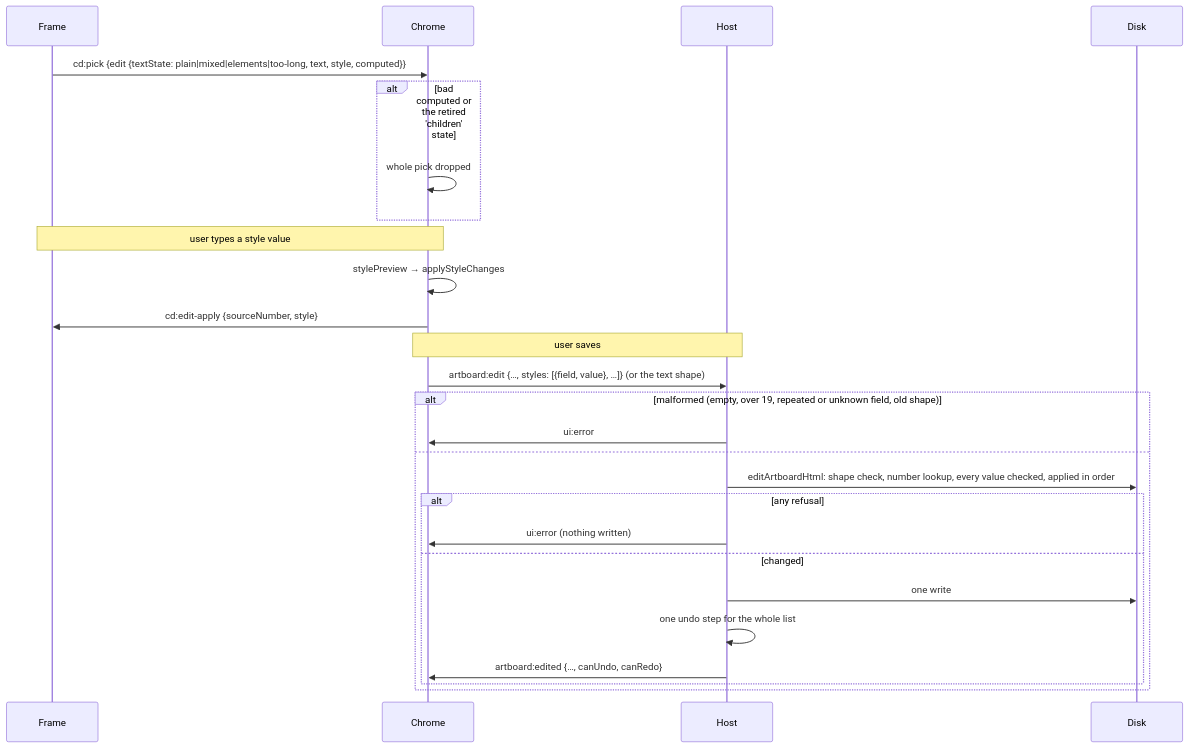
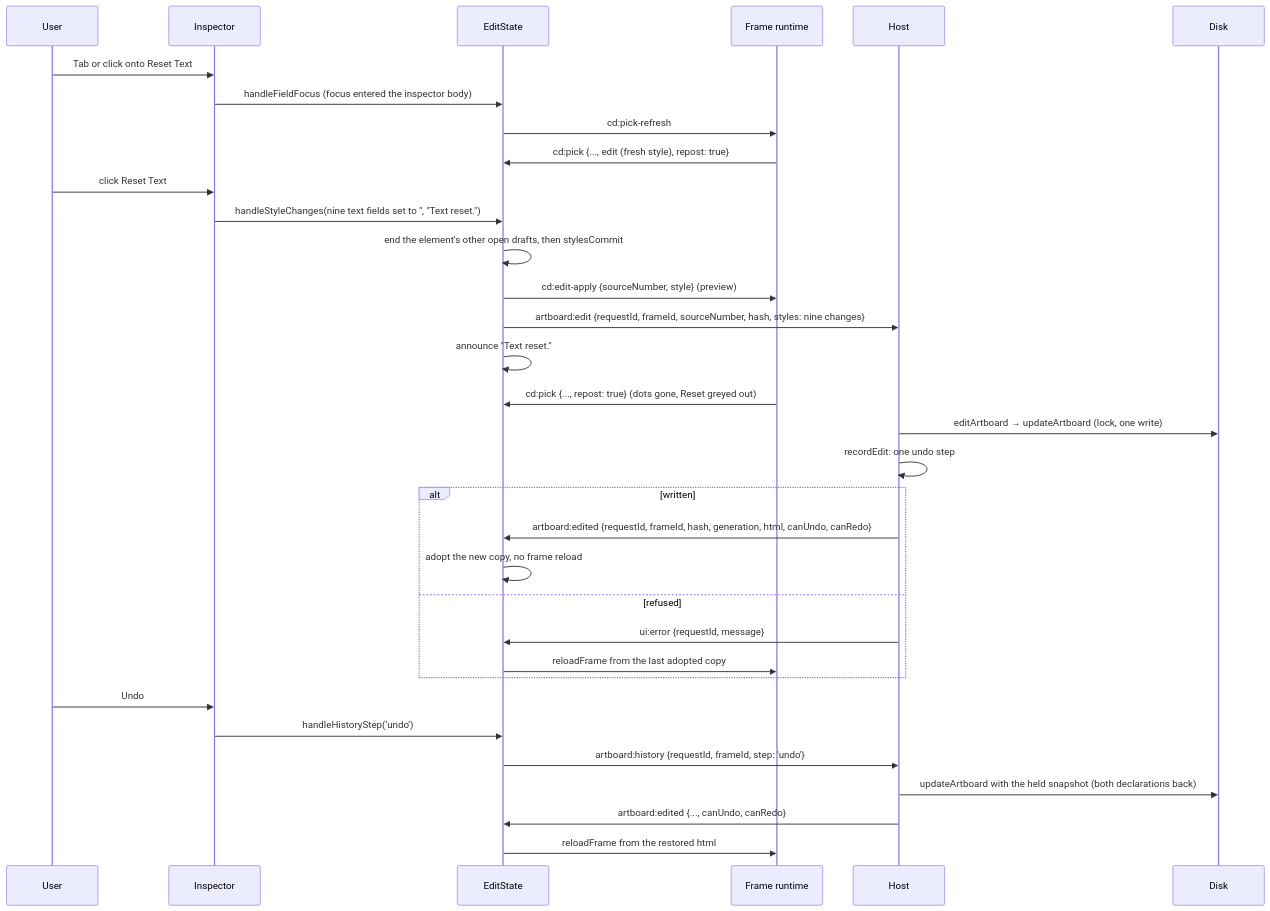
One commit to MarekBombera/cursor-design-extension changed the second of 3 diagrams in blueprint/context/current-feature-overview.md. Above: the diagram before and after it, drawn with Mermaid. The commit also changed other lines of this file and 27 other files, not shown here.

````diff
--- a/blueprint/context/current-feature-overview.md
+++ b/blueprint/context/current-feature-overview.md
@@ -34,28 +58,35 @@
 ```mermaid
 sequenceDiagram
-  participant F as Frame
-  participant C as Chrome
+  participant U as User
+  participant I as Inspector
+  participant E as EditState
+  participant F as Frame runtime
   participant H as Host
   participant D as Disk
-  F->>C: cd:pick {edit {textState: plain|mixed|elements|too-long, text, style, computed}}
-  alt bad computed or the retired 'children' state
-    C->>C: whole pick dropped
+  U->>I: Tab or click onto Reset Text
+  I->>E: handleFieldFocus (focus entered the inspector body)
+  E->>F: cd:pick-refresh
+  F->>E: cd:pick {..., edit (fresh style), repost: true}
+  U->>I: click Reset Text
+  I->>E: handleStyleChanges(nine text fields set to '', "Text reset.")
+  E->>E: end the element's other open drafts, then stylesCommit
+  E->>F: cd:edit-apply {sourceNumber, style} (preview)
+  E->>H: artboard:edit {requestId, frameId, sourceNumber, hash, styles: nine changes}
+  E->>E: announce "Text reset."
+  F->>E: cd:pick {..., repost: true} (dots gone, Reset greyed out)
+  H->>D: editArtboard → updateArtboard (lock, one write)
+  H->>H: recordEdit: one undo step
+  alt written
+    H->>E: artboard:edited {requestId, frameId, hash, generation, html, canUndo, canRedo}
+    E->>E: adopt the new copy, no frame reload
+  else refused
+    H->>E: ui:error {requestId, message}
+    E->>F: reloadFrame from the last adopted copy
   end
-  Note over C,F: user types a style value
-  C->>C: stylePreview → applyStyleChanges
-  C->>F: cd:edit-apply {sourceNumber, style}
-  Note over C,H: user saves
-  C->>H: artboard:edit {…, styles: [{field, value}, …]} (or the text shape)
-  alt malformed (empty, over 19, repeated or unknown field, old shape)
-    H->>C: ui:error
-  else
-    H->>D: editArtboardHtml: shape check, number lookup, every value checked, applied in order
-    alt any refusal
-      H->>C: ui:error (nothing written)
-    else changed
-      H->>D: one write
-      H->>H: one undo step for the whole list
-      H->>C: artboard:edited {…, canUndo, canRedo}
-    end
-  end
+  U->>I: Undo
+  I->>E: handleHistoryStep('undo')
+  E->>H: artboard:history {requestId, frameId, step: 'undo'}
+  H->>D: updateArtboard with the held snapshot (both declarations back)
+  H->>E: artboard:edited {..., canUndo, canRedo}
+  E->>F: reloadFrame from the restored html
 ```
````
